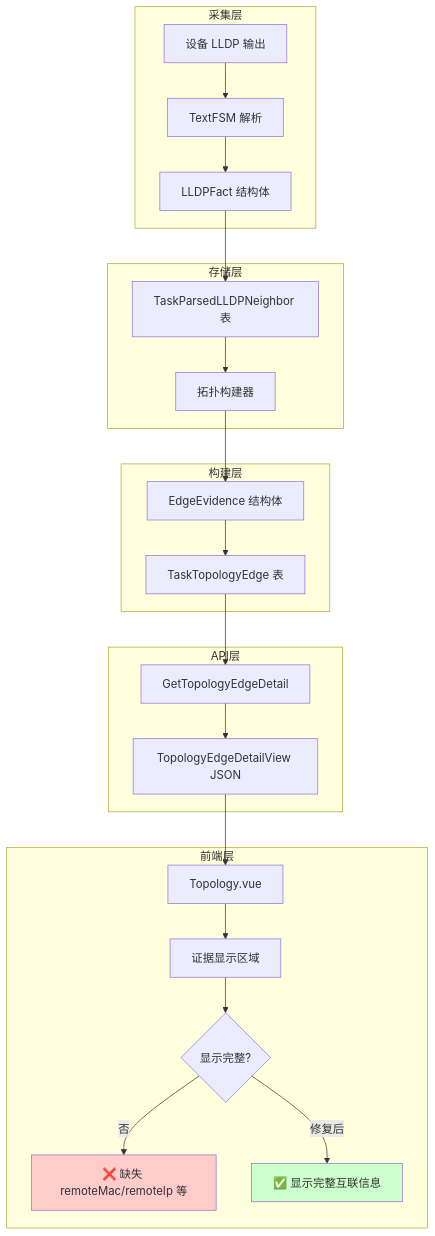
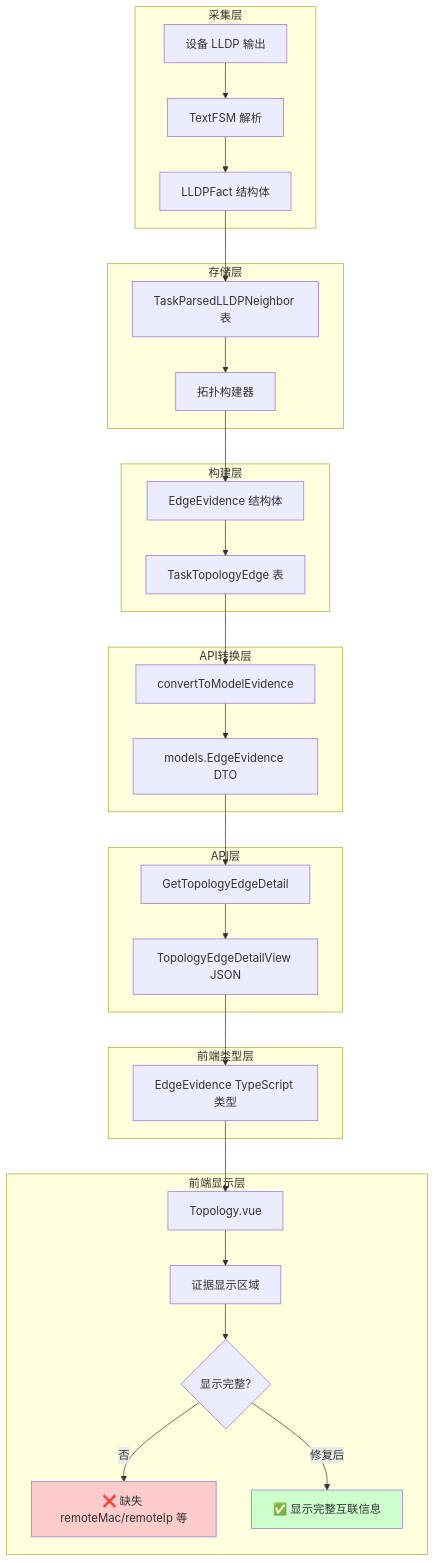
One commit to DeavorWei/NetWeaverGo changed the diagram in docs/topology_interconnection_analysis.md. Above: the diagram before and after it, drawn with Mermaid. The commit also changed other lines of this file and 1 other file, not shown here.

````diff
--- a/docs/topology_interconnection_analysis.md
+++ b/docs/topology_interconnection_analysis.md
@@ -197,33 +320,42 @@
 ```mermaid
 flowchart TB
     subgraph 采集层
         A[设备 LLDP 输出] --> B[TextFSM 解析]
         B --> C[LLDPFact 结构体]
     end
 
     subgraph 存储层
         C --> D[TaskParsedLLDPNeighbor 表]
         D --> E[拓扑构建器]
     end
 
     subgraph 构建层
         E --> F[EdgeEvidence 结构体]
         F --> G[TaskTopologyEdge 表]
     end
 
-    subgraph API层
-        G --> H[GetTopologyEdgeDetail]
-        H --> I[TopologyEdgeDetailView JSON]
+    subgraph API转换层
+        G --> H[convertToModelEvidence]
+        H --> I[models.EdgeEvidence DTO]
     end
 
-    subgraph 前端层
-        I --> J[Topology.vue]
-        J --> K[证据显示区域]
-        K --> L{显示完整?}
-        L -->|否| M[❌ 缺失 remoteMac/remoteIp 等]
-        L -->|修复后| N[✅ 显示完整互联信息]
+    subgraph API层
+        I --> J[GetTopologyEdgeDetail]
+        J --> K[TopologyEdgeDetailView JSON]
     end
 
-    style M fill:#ffcccc
-    style N fill:#ccffcc
+    subgraph 前端类型层
+        K --> L[EdgeEvidence TypeScript 类型]
+    end
+
+    subgraph 前端显示层
+        L --> M[Topology.vue]
+        M --> N[证据显示区域]
+        N --> O{显示完整?}
+        O -->|否| P[❌ 缺失 remoteMac/remoteIp 等]
+        O -->|修复后| Q[✅ 显示完整互联信息]
+    end
+
+    style P fill:#ffcccc
+    style Q fill:#ccffcc
 ```
````
